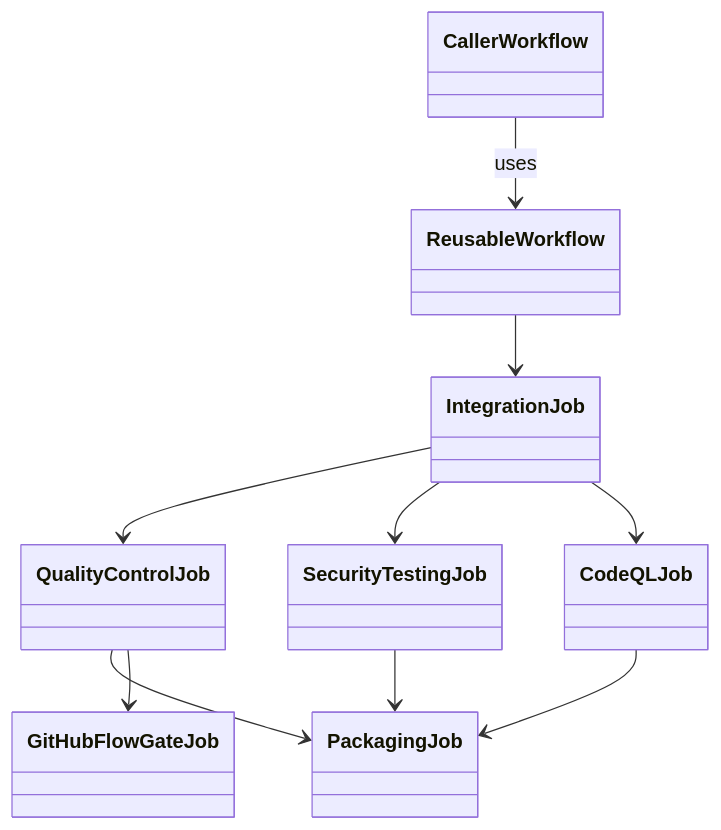
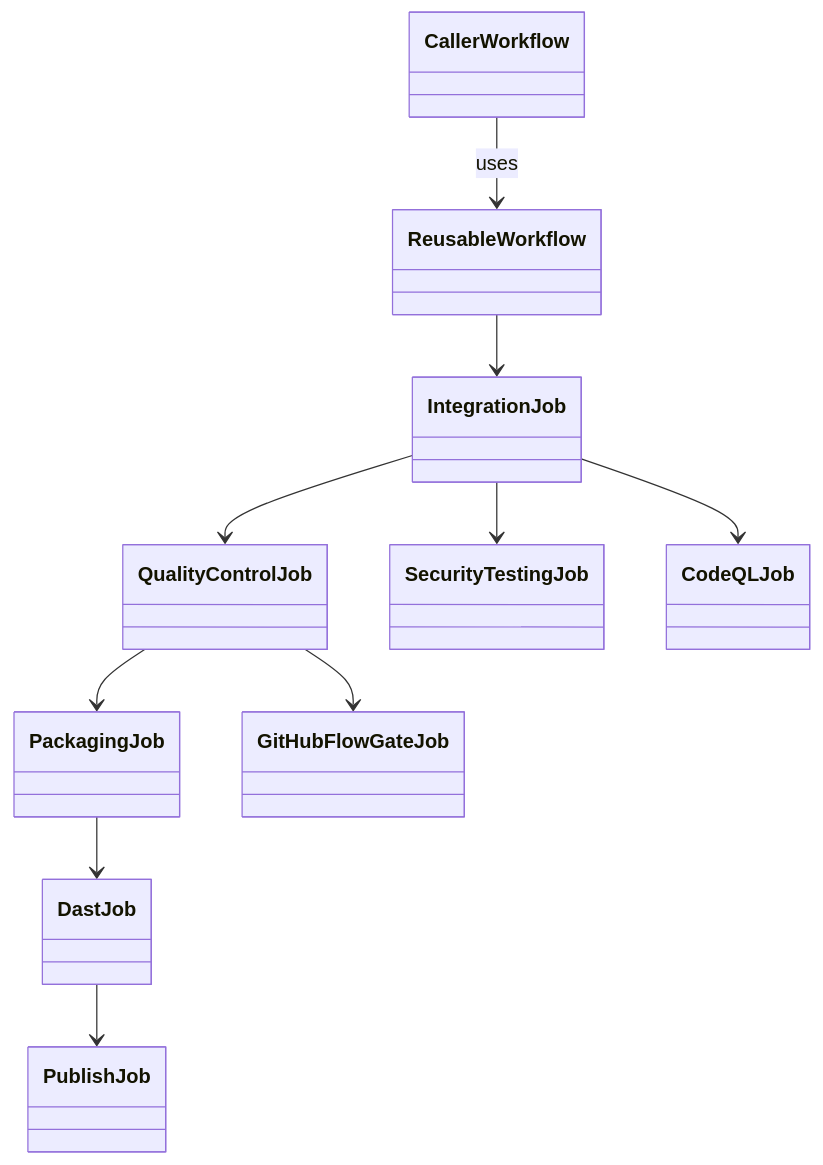
Before and after one commit to Heavy-Rental/heavy-rental-project-pipeline-development: the diagram in heavy-rental-rest-api/spdd/prompt/add-rest-ci-pipeline.md, drawn with Mermaid. The commit also changed other lines of this file and 27 other files, not shown here.

````diff
--- a/heavy-rental-rest-api/spdd/prompt/add-rest-ci-pipeline.md
+++ b/heavy-rental-rest-api/spdd/prompt/add-rest-ci-pipeline.md
@@ -24,20 +24,22 @@
 ```mermaid
 classDiagram
     class CallerWorkflow
     class ReusableWorkflow
     class IntegrationJob
     class QualityControlJob
     class SecurityTestingJob
     class CodeQLJob
     class PackagingJob
+    class DastJob
+    class PublishJob
     class GitHubFlowGateJob
     CallerWorkflow --> ReusableWorkflow : uses
     ReusableWorkflow --> IntegrationJob
     IntegrationJob --> QualityControlJob
     IntegrationJob --> SecurityTestingJob
     IntegrationJob --> CodeQLJob
+    QualityControlJob --> GitHubFlowGateJob
     QualityControlJob --> PackagingJob
-    SecurityTestingJob --> PackagingJob
-    CodeQLJob --> PackagingJob
-    QualityControlJob --> GitHubFlowGateJob
+    PackagingJob --> DastJob
+    DastJob --> PublishJob
 ```
````
